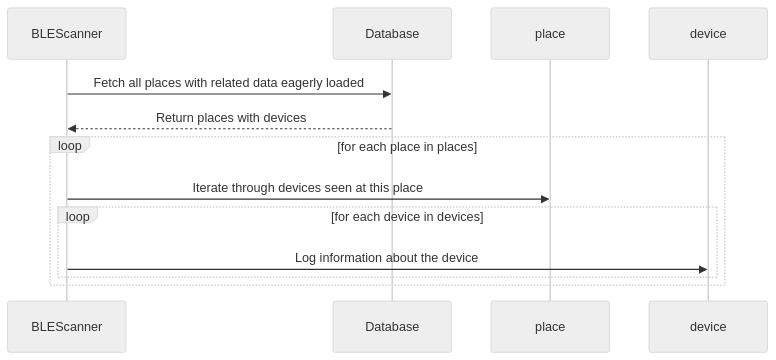
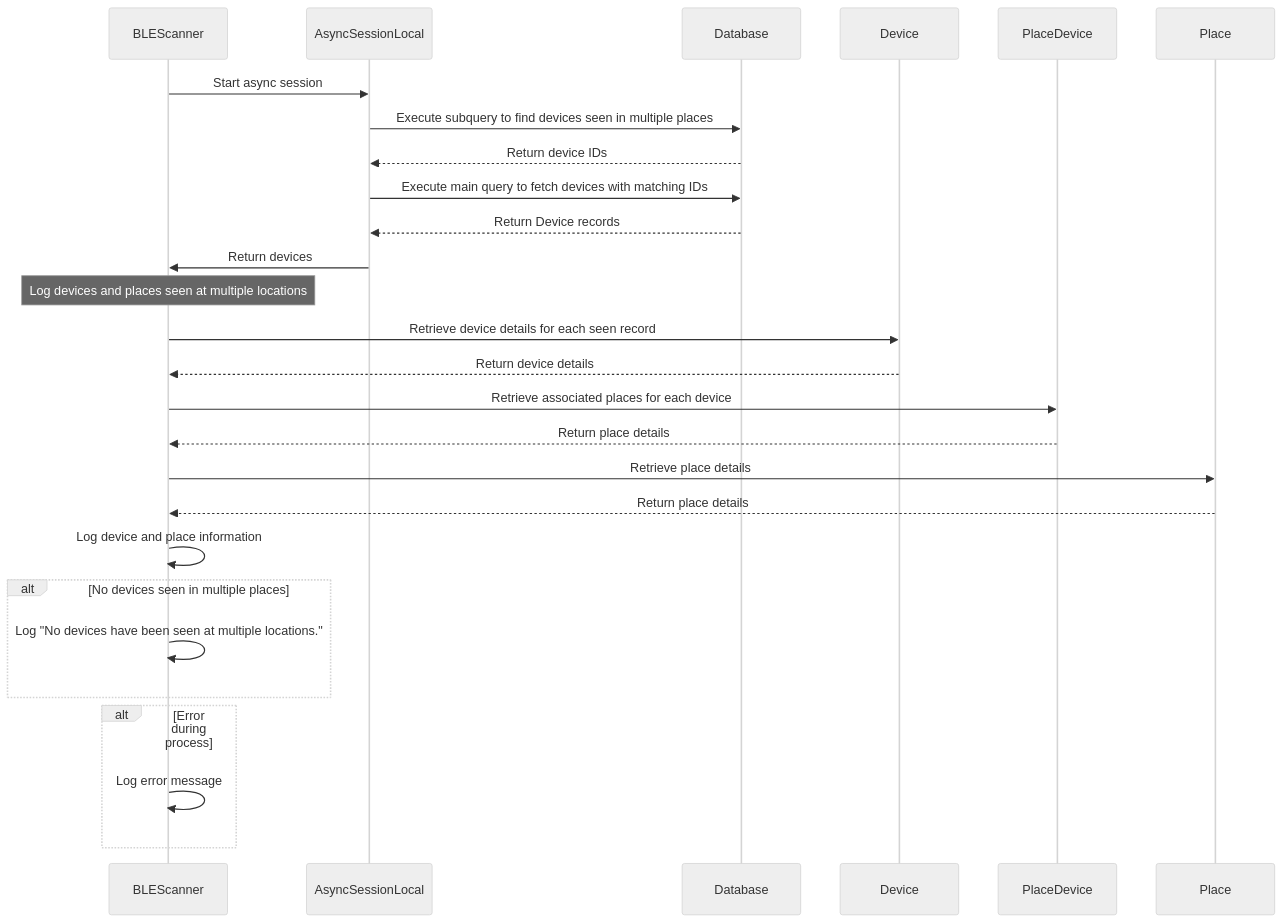
The third of 4 diagrams in src/swivel/scanners/README.md (blakdayz/swivel), drawn with Mermaid (neutral theme) before and after one commit. The commit also changed other lines of this file, not shown here.

````diff
--- a/src/swivel/scanners/README.md
+++ b/src/swivel/scanners/README.md
@@ -66,15 +85,36 @@
 ```mermaid
 sequenceDiagram
-participant BLEScanner
-participant Database
+    participant BLEScanner
+    participant AsyncSessionLocal
+    participant Database
+    participant Device
+    participant PlaceDevice
+    participant Place
 
-BLEScanner->>Database: Fetch all places with related data eagerly loaded
-Database-->>BLEScanner: Return places with devices
+    BLEScanner->>AsyncSessionLocal: Start async session
+    AsyncSessionLocal->>Database: Execute subquery to find devices seen in multiple places
+    Database-->>AsyncSessionLocal: Return device IDs
+    AsyncSessionLocal->>Database: Execute main query to fetch devices with matching IDs
+    Database-->>AsyncSessionLocal: Return Device records
 
-loop for each place in places
-    BLEScanner->>place: Iterate through devices seen at this place
-    loop for each device in devices
-        BLEScanner->>device: Log information about the device
+    AsyncSessionLocal->>BLEScanner: Return devices
+
+    Note over BLEScanner: Log devices and places seen at multiple locations
+    BLEScanner->>Device: Retrieve device details for each seen record
+    Device-->>BLEScanner: Return device details
+    BLEScanner->>PlaceDevice: Retrieve associated places for each device
+    PlaceDevice-->>BLEScanner: Return place details
+    BLEScanner->>Place: Retrieve place details
+    Place-->>BLEScanner: Return place details
+
+    BLEScanner->>BLEScanner: Log device and place information
+
+    alt No devices seen in multiple places
+        BLEScanner->>BLEScanner: Log "No devices have been seen at multiple locations."
     end
-end
+
+    alt Error during process
+        BLEScanner->>BLEScanner: Log error message
+    end
+
 ```
````
